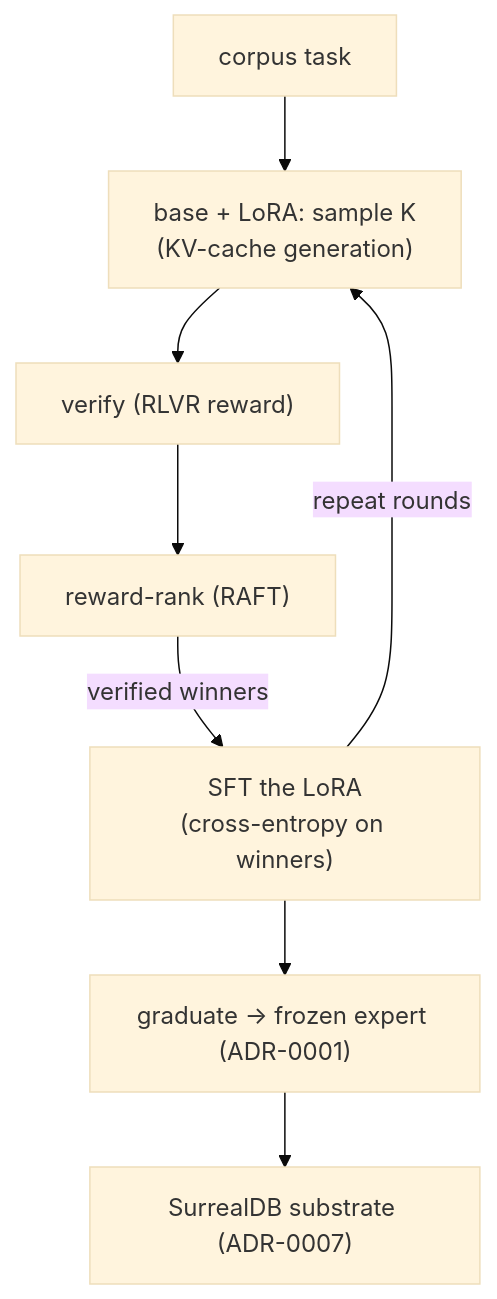
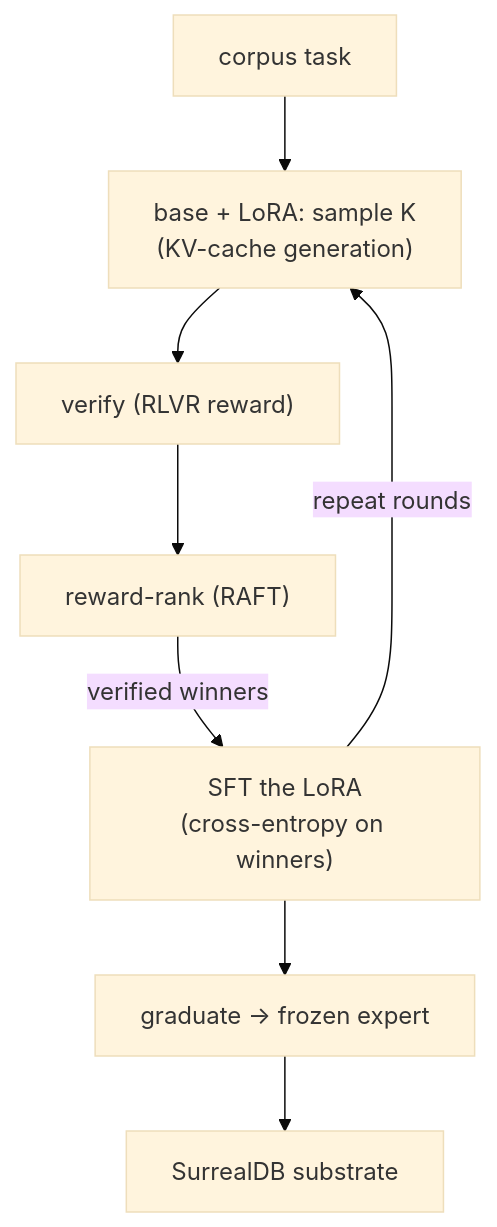
The tenth of 10 diagrams in docs/glossary.md (albedosehen/antumbra), drawn with Mermaid (base theme) before and after one commit. The commit also changed other lines of this file and 93 other files, not shown here.

````diff
--- a/docs/glossary.md
+++ b/docs/glossary.md
@@ -187,10 +182,10 @@
 ```mermaid
 flowchart TD
     TASK["corpus task"] --> GEN["base + LoRA: sample K<br/>(KV-cache generation)"]
     GEN --> VER["verify (RLVR reward)"]
     VER --> RANK["reward-rank (RAFT)"]
     RANK -->|"verified winners"| SFT["SFT the LoRA<br/>(cross-entropy on winners)"]
     SFT -->|"repeat rounds"| GEN
-    SFT --> GRAD["graduate -> frozen expert (ADR-0001)"]
-    GRAD --> DB["SurrealDB substrate (ADR-0007)"]
+    SFT --> GRAD["graduate -> frozen expert"]
+    GRAD --> DB["SurrealDB substrate"]
 ```
````
